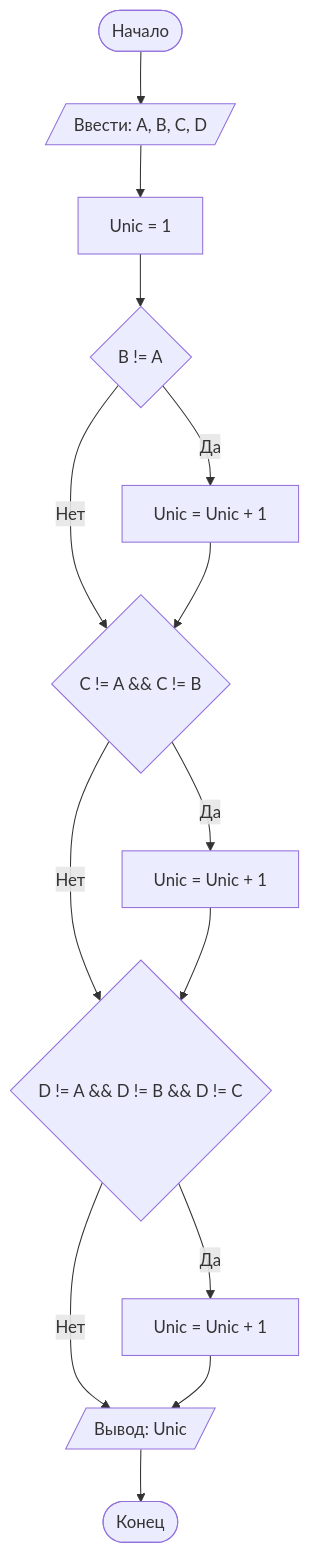
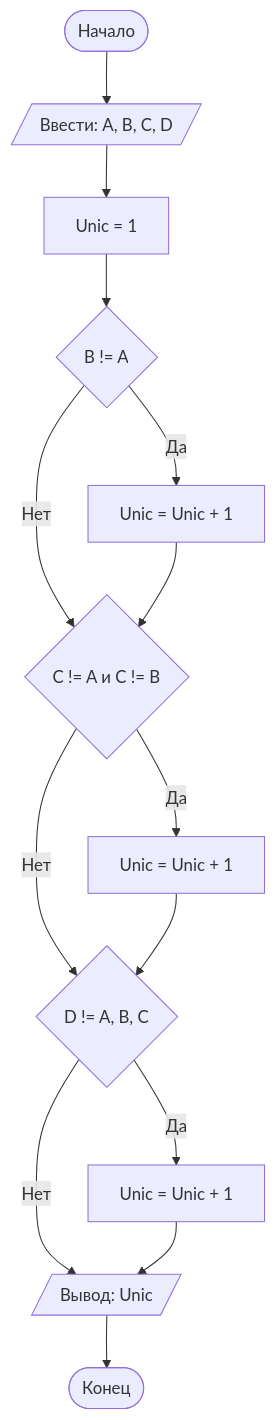
One commit to Sophia-88-create/Lab1 changed the diagram in README.md. Above: the diagram before and after it, drawn with Mermaid. The commit also changed other lines of this file, not shown here.

````diff
--- a/README.md
+++ b/README.md
@@ -83,20 +83,20 @@
 ```mermaid
 graph TD
     A([Начало]) --> B[/Ввести: A, B, C, D/]
-    B --> Init[Unic = 1]
+    B --> C[Unic = 1]
     
-    Init --> C{B != A}
-    C -- Да --> D[Unic = Unic + 1]
-    C -- Нет --> E{C != A && C != B}
-    D --> E
+    C --> D{B != A}
+    D -- Да --> E[Unic = Unic + 1]
+    D -- Нет --> F{C != A и C != B}
+    E --> F
     
-    E -- Да --> F[Unic = Unic + 1]
-    E -- Нет --> G{D != A && D != B && D != C}
-    F --> G
+    F -- Да --> G[Unic = Unic + 1]
+    F -- Нет --> H{D != A, B, C}
+    G --> H
     
-    G -- Да --> H[Unic = Unic + 1]
-    G -- Нет --> Out[/Вывод: Unic/]
-    H --> Out
+    H -- Да --> I[Unic = Unic + 1]
+    H -- Нет --> J[/Вывод: Unic/]
+    I --> J
     
-    Out --> Z([Конец])
+    J --> Z([Конец])
 ```
````
